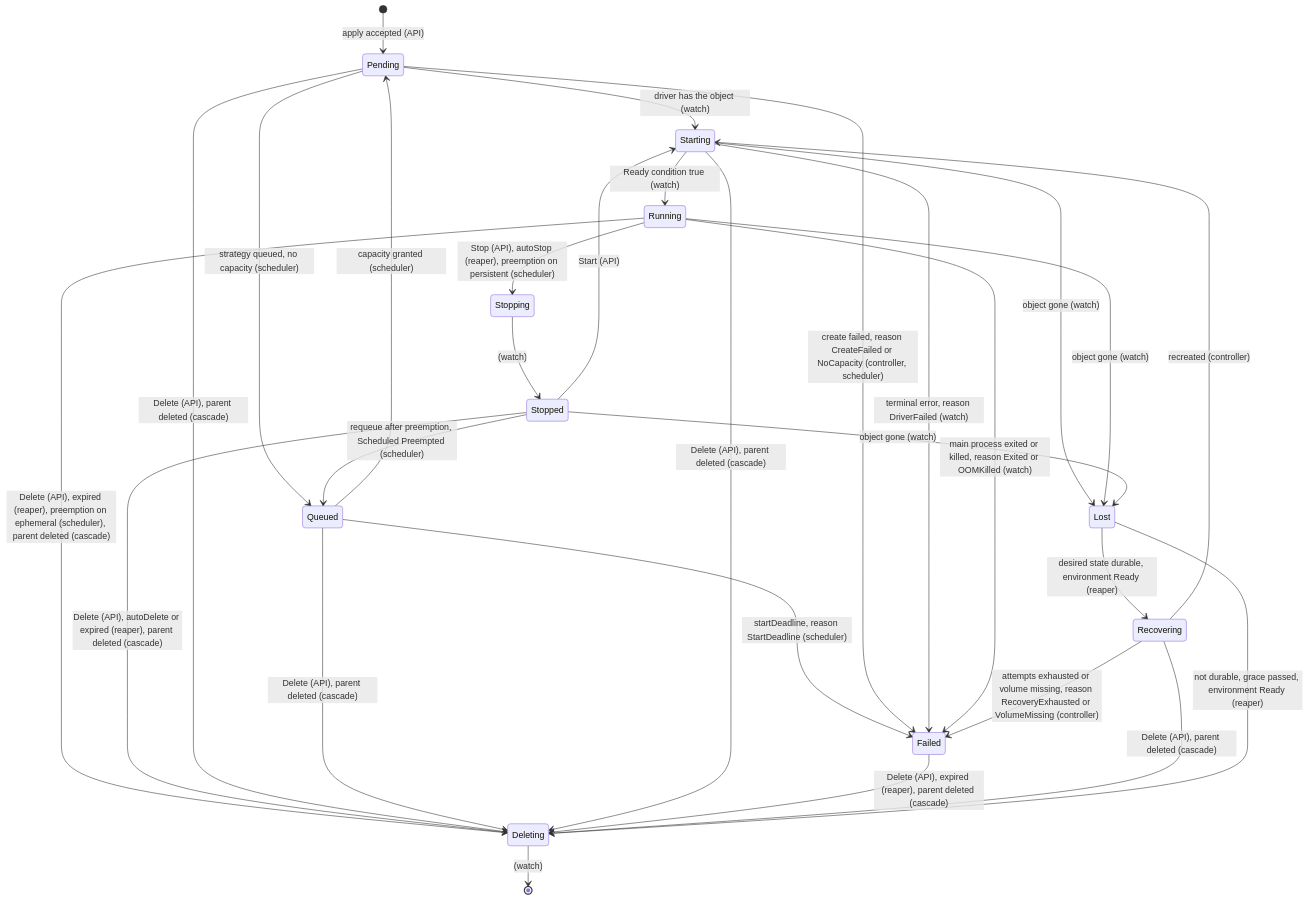
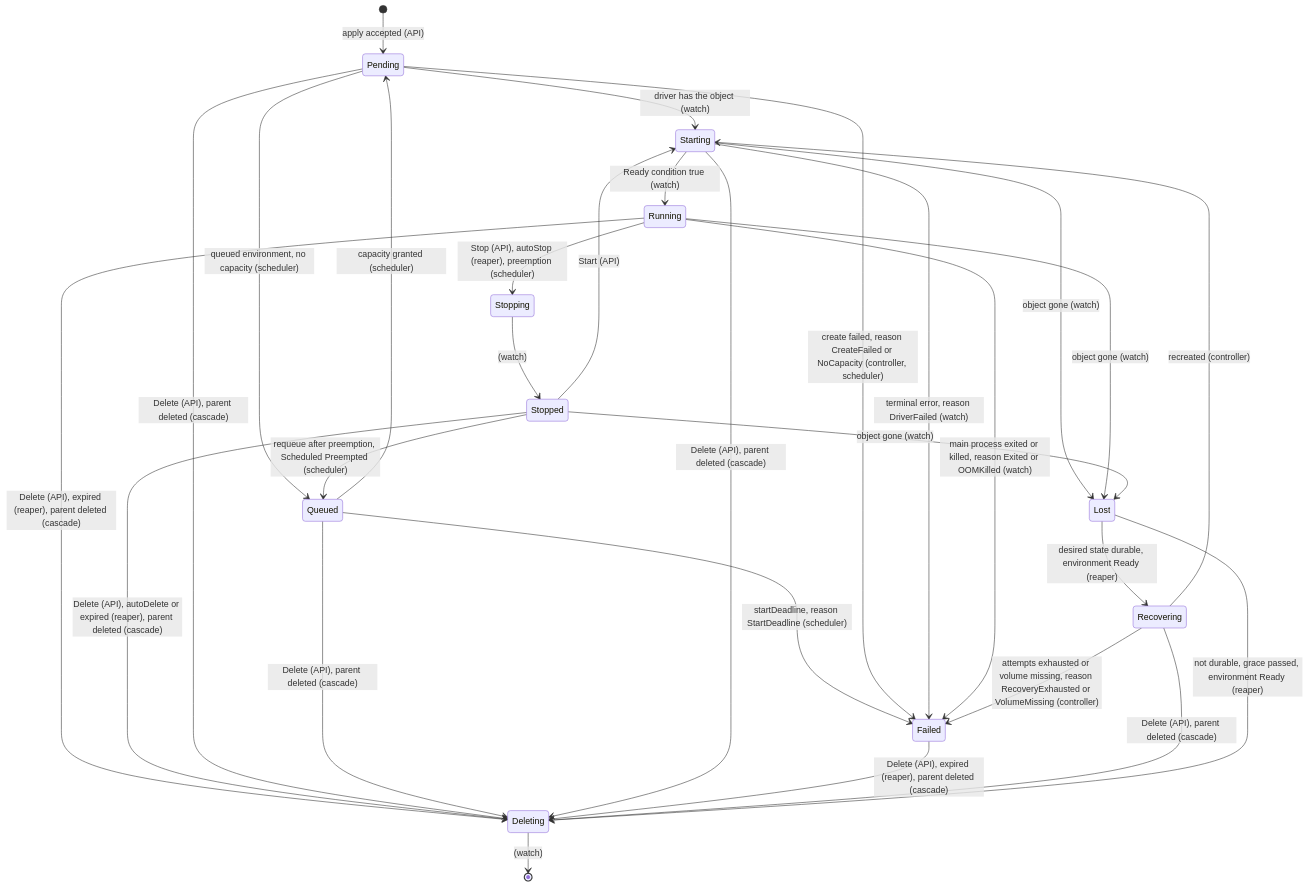
The diagram in specs/005-lifecycle-controller.md (latere-ai/cella), drawn with Mermaid before and after one commit. The commit also changed other lines of this file and 16 other files, not shown here.

````diff
--- a/specs/005-lifecycle-controller.md
+++ b/specs/005-lifecycle-controller.md
@@ -44,31 +44,31 @@
 ```mermaid
 stateDiagram-v2
   [*] --> Pending: apply accepted (API)
-  Pending --> Queued: strategy queued, no capacity (scheduler)
+  Pending --> Queued: queued environment, no capacity (scheduler)
   Queued --> Pending: capacity granted (scheduler)
   Queued --> Failed: startDeadline, reason StartDeadline (scheduler)
   Pending --> Failed: create failed, reason CreateFailed or NoCapacity (controller, scheduler)
   Pending --> Starting: driver has the object (watch)
   Starting --> Running: Ready condition true (watch)
   Starting --> Failed: terminal error, reason DriverFailed (watch)
   Starting --> Lost: object gone (watch)
   Running --> Failed: main process exited or killed, reason Exited or OOMKilled (watch)
-  Running --> Stopping: Stop (API), autoStop (reaper), preemption on persistent (scheduler)
+  Running --> Stopping: Stop (API), autoStop (reaper), preemption (scheduler)
   Stopping --> Stopped: (watch)
   Stopped --> Starting: Start (API)
   Stopped --> Queued: requeue after preemption, Scheduled Preempted (scheduler)
-  Running --> Deleting: Delete (API), expired (reaper), preemption on ephemeral (scheduler), parent deleted (cascade)
+  Running --> Deleting: Delete (API), expired (reaper), parent deleted (cascade)
   Stopped --> Deleting: Delete (API), autoDelete or expired (reaper), parent deleted (cascade)
   Pending --> Deleting: Delete (API), parent deleted (cascade)
   Queued --> Deleting: Delete (API), parent deleted (cascade)
   Starting --> Deleting: Delete (API), parent deleted (cascade)
   Failed --> Deleting: Delete (API), expired (reaper), parent deleted (cascade)
   Recovering --> Deleting: Delete (API), parent deleted (cascade)
   Running --> Lost: object gone (watch)
   Stopped --> Lost: object gone (watch)
   Lost --> Recovering: desired state durable, environment Ready (reaper)
   Lost --> Deleting: not durable, grace passed, environment Ready (reaper)
   Recovering --> Starting: recreated (controller)
   Recovering --> Failed: attempts exhausted or volume missing, reason RecoveryExhausted or VolumeMissing (controller)
   Deleting --> [*]: (watch)
 ```
````
